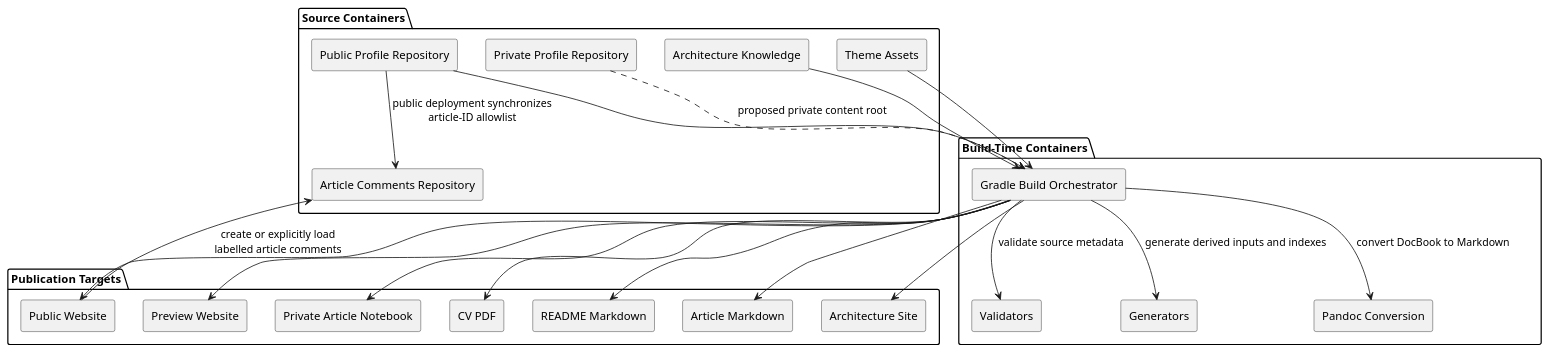
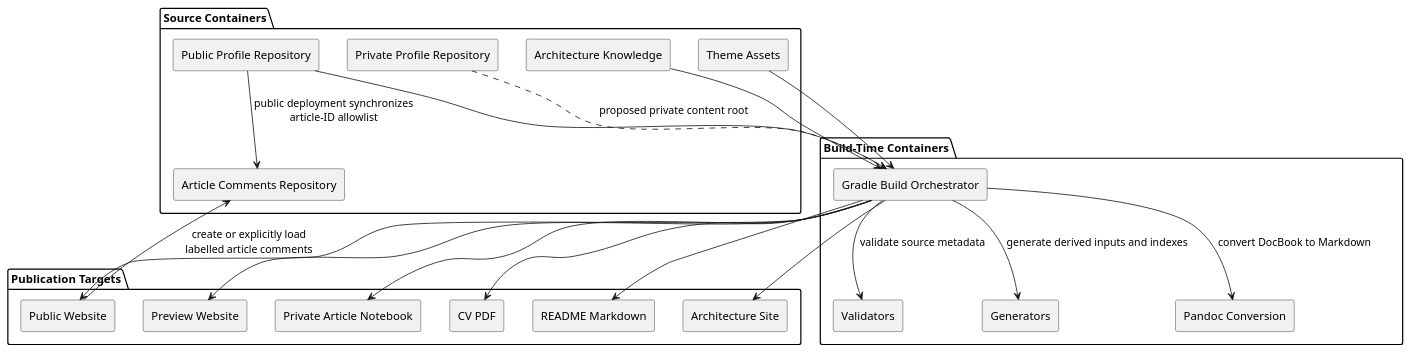
The second of 3 diagrams in src-content/docs/arc42/doc-05000-building-block-view.adoc (dieterbaier/profile), drawn with PlantUML before and after one commit. The commit also changed other lines of this file and 28 other files, not shown here.

First line of the commit message:
issue_130: Remove the article Markdown export

```diff
--- a/src-content/docs/arc42/doc-05000-building-block-view.adoc
+++ b/src-content/docs/arc42/doc-05000-building-block-view.adoc
@@ -53,48 +53,46 @@
 [plantuml]
 ----
 @startuml
 skinparam componentStyle rectangle
 
 package "Source Containers" {
   [Public Profile Repository] as PublicRepo
   [Article Comments Repository] as CommentsRepo
   [Private Profile Repository] as PrivateRepo
   [Architecture Knowledge] as Architecture
   [Theme Assets] as Theme
 }
 
 package "Build-Time Containers" {
   [Gradle Build Orchestrator] as Gradle
   [Validators] as Validators
   [Generators] as Generators
   [Pandoc Conversion] as Pandoc
 }
 
 package "Publication Targets" {
   [Public Website] as PublicSite
   [Preview Website] as PreviewSite
   [Private Article Notebook] as PrivateSite
   [CV PDF] as CV
   [README Markdown] as Readme
-  [Article Markdown] as ArticleMarkdown
   [Architecture Site] as ArchitectureSite
 }
 
 PublicRepo --> Gradle
 PublicRepo --> CommentsRepo : public deployment synchronizes\narticle-ID allowlist
 PrivateRepo ..> Gradle : proposed private content root
 Architecture --> Gradle
 Theme --> Gradle
 Gradle --> Validators : validate source metadata
 Gradle --> Generators : generate derived inputs and indexes
 Gradle --> Pandoc : convert DocBook to Markdown
 Gradle --> PublicSite
 Gradle --> PreviewSite
 Gradle --> PrivateSite
 Gradle --> CV
 Gradle --> Readme
-Gradle --> ArticleMarkdown
 Gradle --> ArchitectureSite
 PublicSite --> CommentsRepo : create or explicitly load\nlabelled article comments
 @enduml
 ----
```
